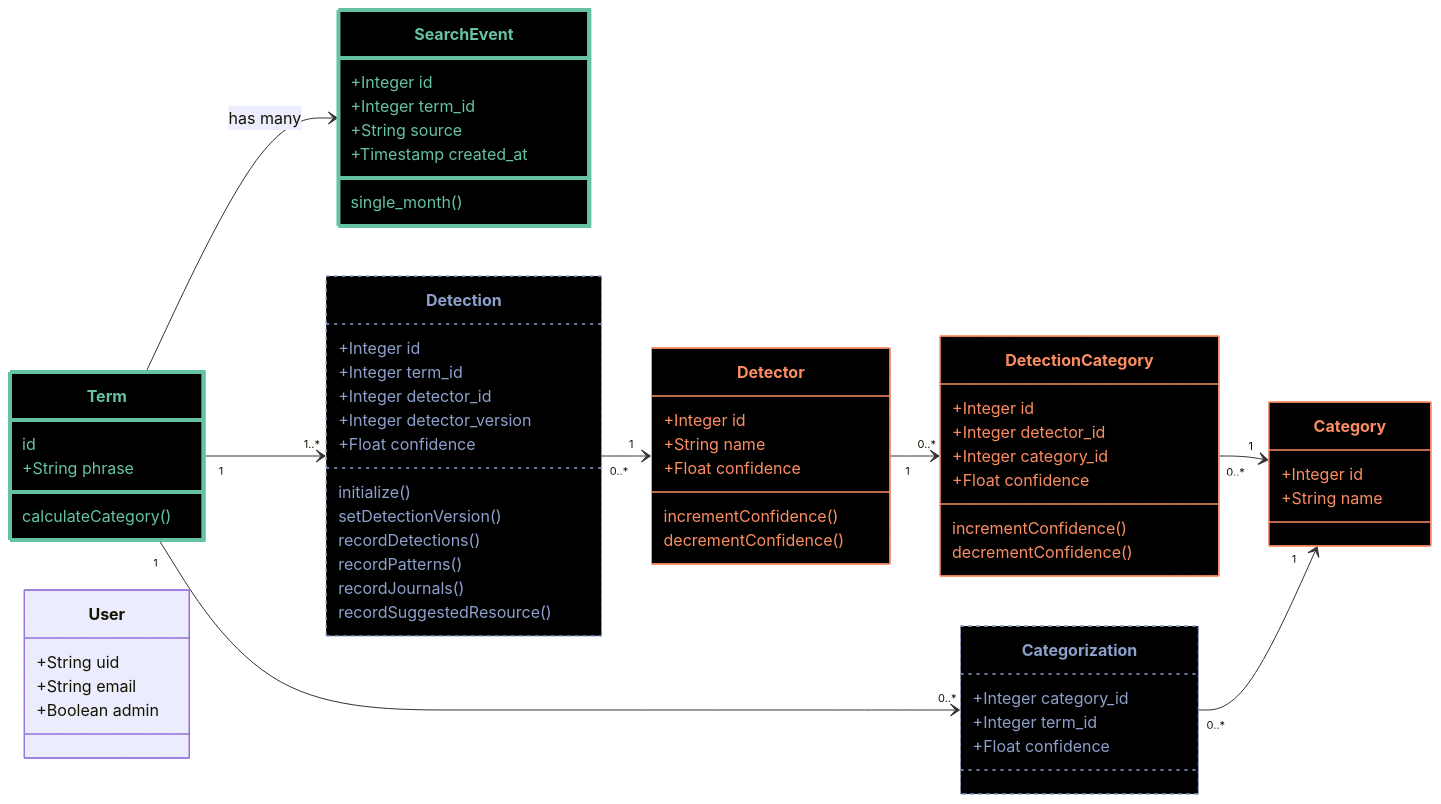
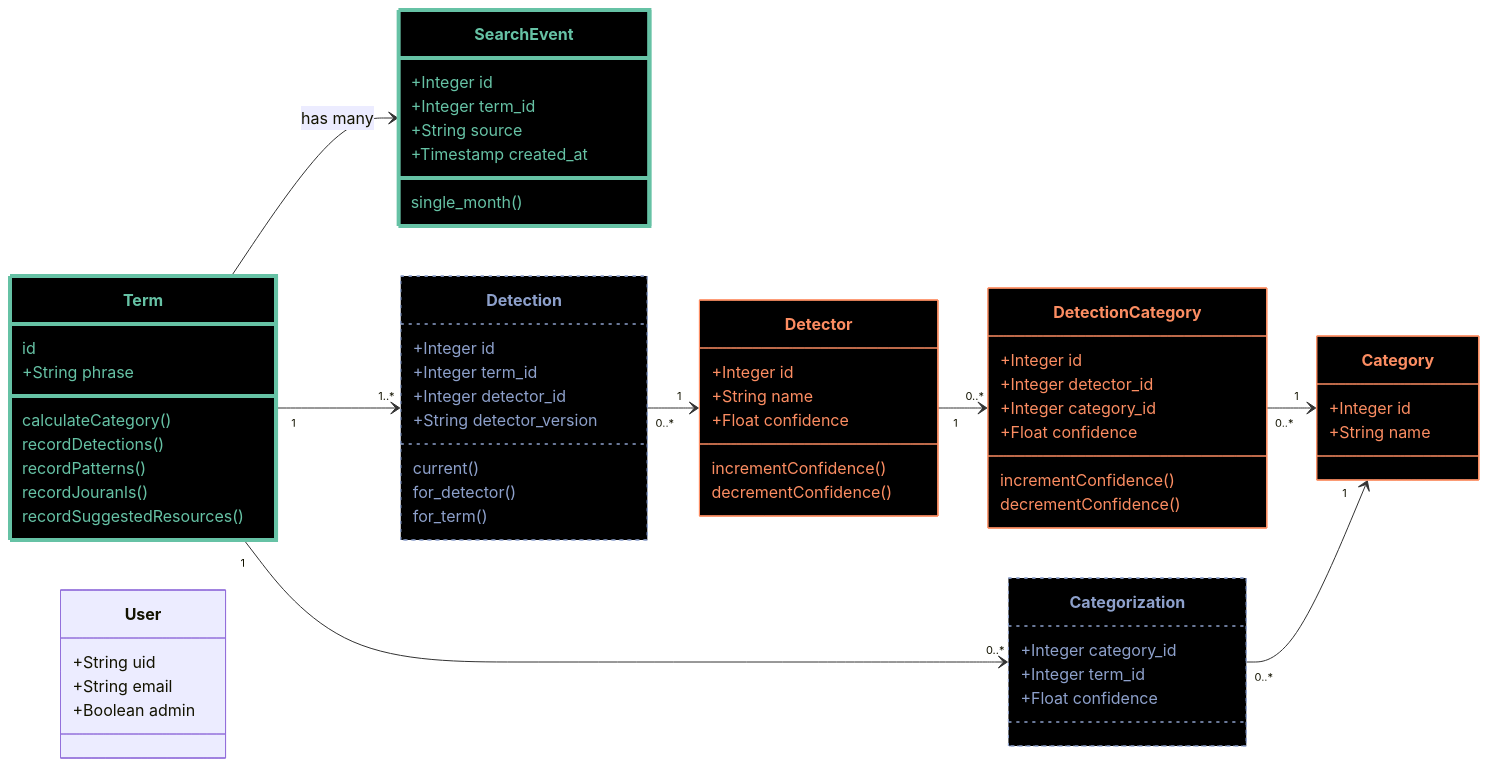
One commit to MITLibraries/tacos changed the diagram in docs/reference/classes.md. Above: the diagram before and after it, drawn with Mermaid. The commit also changed 11 other files, not shown here.

````diff
--- a/docs/reference/classes.md
+++ b/docs/reference/classes.md
@@ -11,80 +11,80 @@
 ```mermaid
 classDiagram
   direction LR
   
   Term --> SearchEvent : has many
 
   Term "1" --> "1..*" Detection
   Term "1" --> "0..*" Categorization
   Detection "0..*" --> "1" Detector
 
   DetectionCategory "0..*" --> "1" Category
 
   Categorization "0..*" --> "1" Category
 
   Detector "1" --> "0..*" DetectionCategory
 
   class User
     User: +String uid
     User: +String email
     User: +Boolean admin
   
   class Term
     Term: id
     Term: +String phrase
     Term: calculateCategory()
+    Term: recordDetections()
+    Term: recordPatterns()
+    Term: recordJouranls()
+    Term: recordSuggestedResources()
 
   class SearchEvent
     SearchEvent: +Integer id
     SearchEvent: +Integer term_id
     SearchEvent: +String source
     SearchEvent: +Timestamp created_at
     SearchEvent: single_month()
 
   class Detection
     Detection: +Integer id
     Detection: +Integer term_id
     Detection: +Integer detector_id
-    Detection: +Integer detector_version
-    Detection: +Float confidence
-    Detection: initialize()
-    Detection: setDetectionVersion()
-    Detection: recordDetections()
-    Detection: recordPatterns()
-    Detection: recordJournals()
-    Detection: recordSuggestedResource()
+    Detection: +String detector_version
+    Detection: current()
+    Detection: for_detector()
+    Detection: for_term()
 
   class Detector
     Detector: +Integer id
     Detector: +String name
     Detector: +Float confidence
     Detector: incrementConfidence()
     Detector: decrementConfidence()
 
   class Category
     Category: +Integer id
     Category: +String name
 
   class Categorization
     Categorization: +Integer category_id
     Categorization: +Integer term_id
     Categorization: +Float confidence
 
   class DetectionCategory
     DetectionCategory: +Integer id
     DetectionCategory: +Integer detector_id
     DetectionCategory: +Integer category_id
     DetectionCategory: +Float confidence
     DetectionCategory: incrementConfidence()
     DetectionCategory: decrementConfidence()
 
   style SearchEvent fill:#000,stroke:#66c2a5,color:#66c2a5,stroke-width:4px;
   style Term fill:#000,stroke:#66c2a5,color:#66c2a5,stroke-width:4px;
 
   style Category fill:#000,stroke:#fc8d62,color:#fc8d62
   style DetectionCategory fill:#000,stroke:#fc8d62,color:#fc8d62
   style Detector fill:#000,stroke:#fc8d62,color:#fc8d62
 
   style Categorization fill:#000,stroke:#8da0cb,color:#8da0cb,stroke-dasharray: 3 5;
   style Detection fill:#000,stroke:#8da0cb,color:#8da0cb,stroke-dasharray: 3 5;
 ```
````
